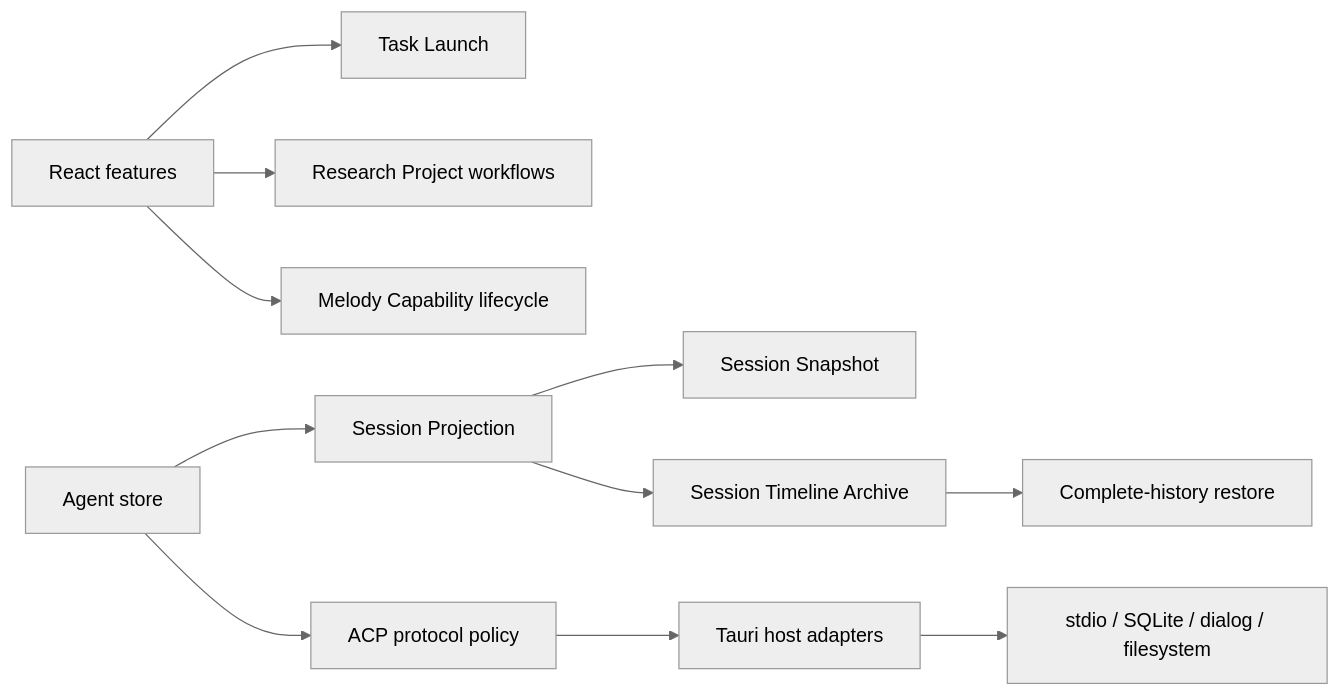
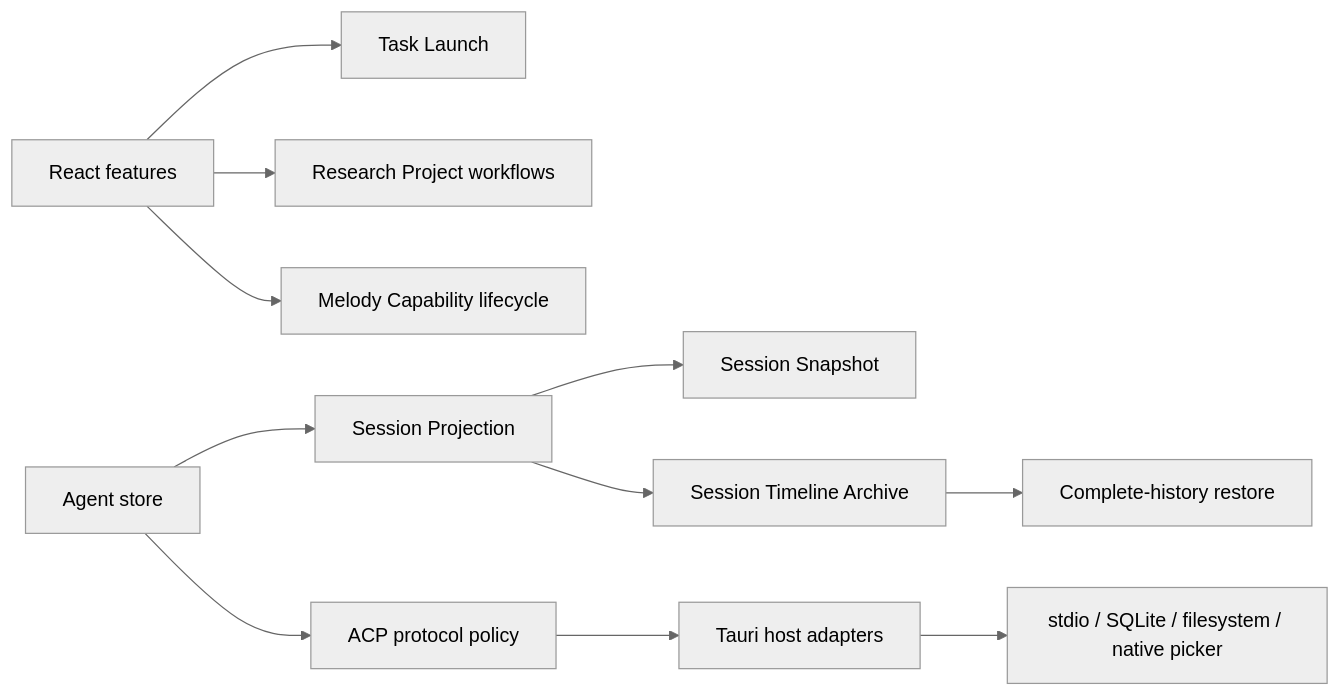
The diagram in docs/architecture-improvement-plan.md (Lhy723/MelodyWork), drawn with Mermaid (neutral theme) before and after one commit. The commit also changed other lines of this file and 157 other files, not shown here.

````diff
--- a/docs/architecture-improvement-plan.md
+++ b/docs/architecture-improvement-plan.md
@@ -37,13 +37,13 @@
 ```mermaid
 flowchart LR
   UI[React features] --> Launch[Task Launch]
   UI --> Research[Research Project workflows]
   UI --> Capability[Melody Capability lifecycle]
   Runtime[Agent store] --> Projection[Session Projection]
   Projection --> Snapshot[Session Snapshot]
   Projection --> Archive[Session Timeline Archive]
   Runtime --> ACP[ACP protocol policy]
   ACP --> Host[Tauri host adapters]
-  Host --> IO[stdio / SQLite / dialog / filesystem]
+  Host --> IO[stdio / SQLite / filesystem / native picker]
   Archive --> Restore[Complete-history restore]
 ```
````
